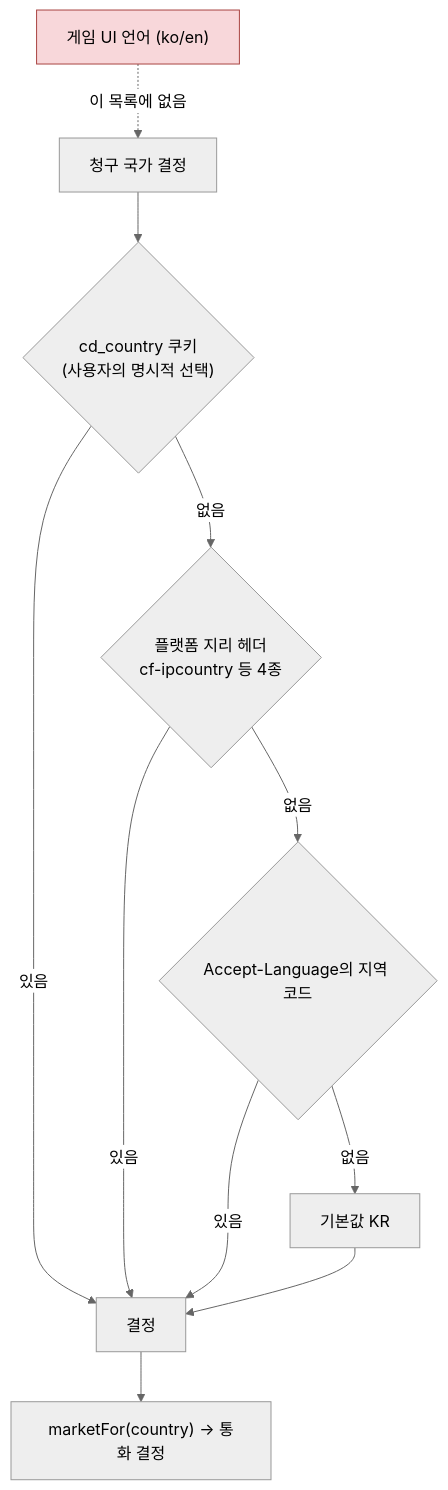
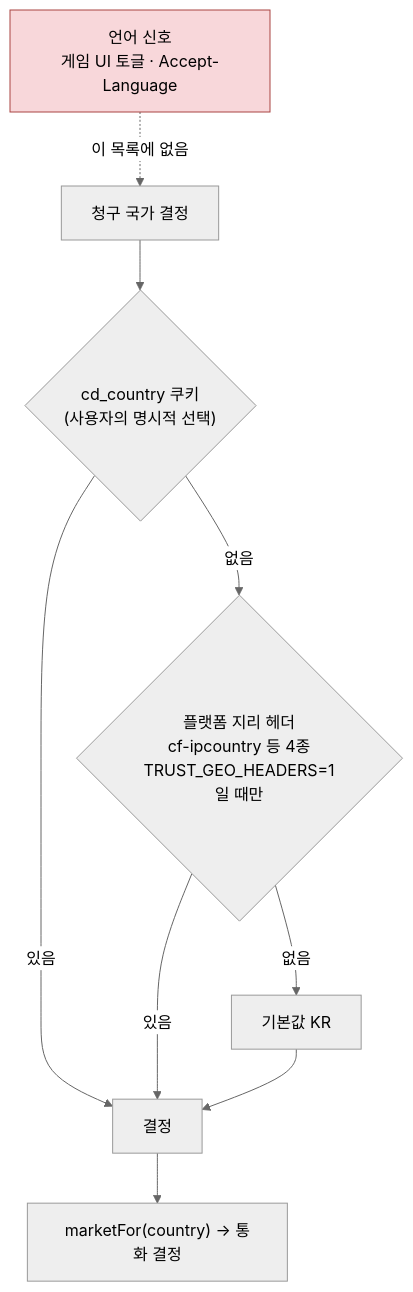
Before and after one commit to Hakhyun-Kim/neon-checkout-integration: diagram 12 of 14 in docs/15-flow-ko.md, drawn with Mermaid (neutral theme). The commit also changed 3 other files, not shown here.

````diff
--- a/docs/15-flow-ko.md
+++ b/docs/15-flow-ko.md
@@ -378,15 +378,13 @@
 ```mermaid
 flowchart TD
     A["청구 국가 결정"] --> B{"cd_country 쿠키<br/>(사용자의 명시적 선택)"}
     B -->|"있음"| Z["결정"]
-    B -->|"없음"| C{"플랫폼 지리 헤더<br/>cf-ipcountry 등 4종"}
+    B -->|"없음"| C{"플랫폼 지리 헤더<br/>cf-ipcountry 등 4종<br/>TRUST_GEO_HEADERS=1일 때만"}
     C -->|"있음"| Z
-    C -->|"없음"| D{"Accept-Language의 지역 코드"}
-    D -->|"있음"| Z
-    D -->|"없음"| E["기본값 KR"]
+    C -->|"없음"| E["기본값 KR"]
     E --> Z
     Z --> F["marketFor(country) → 통화 결정"]
 
-    G["게임 UI 언어 (ko/en)"] -.->|"이 목록에 없음"| A
+    G["언어 신호<br/>게임 UI 토글 · Accept-Language"] -.->|"이 목록에 없음"| A
     style G fill:#f8d7da,stroke:#a94442
 ```
````
